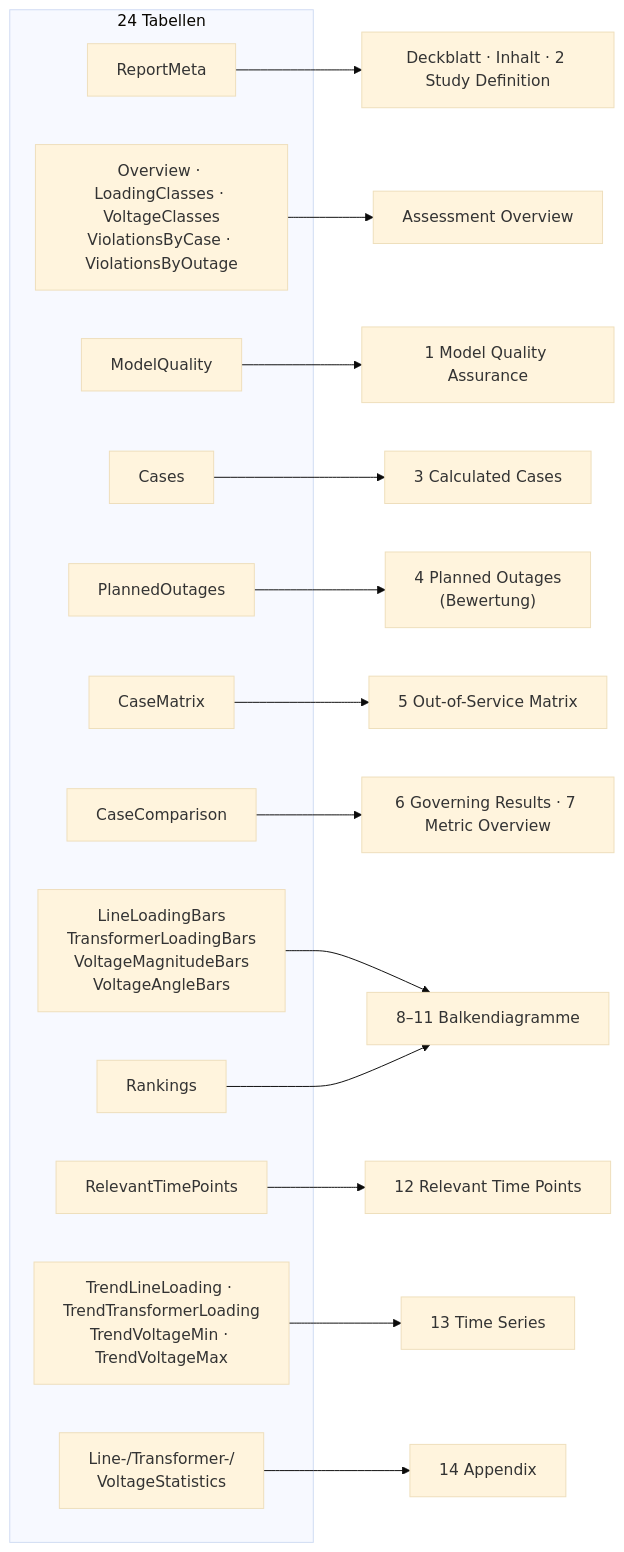
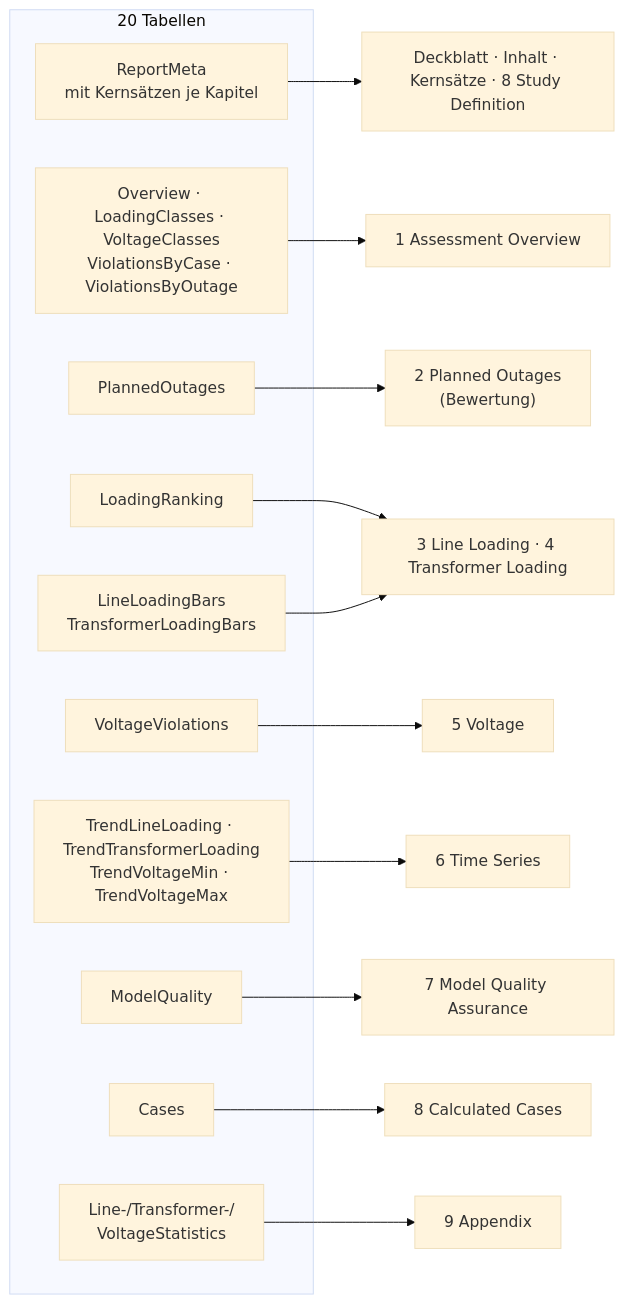
One commit to hadiibrahim-Engin/gridlens-powerfactory changed the seventh of 8 diagrams in BIG_PICTURE.md. Above: the diagram before and after it, drawn with Mermaid (base theme). The commit also changed other lines of this file and 7 other files, not shown here.

Commit message:
feat: restructure the report and document the loading-first runtime

````diff
--- a/BIG_PICTURE.md
+++ b/BIG_PICTURE.md
@@ -265,30 +271,26 @@
 ```mermaid
 flowchart LR
-    subgraph T["24 Tabellen"]
-        M["ReportMeta"]
+    subgraph T["20 Tabellen"]
+        M["ReportMeta<br/>mit Kernsätzen je Kapitel"]
         OV["Overview · LoadingClasses · VoltageClasses<br/>ViolationsByCase · ViolationsByOutage"]
+        PO["PlannedOutages"]
+        LR["LoadingRanking"]
+        B["LineLoadingBars<br/>TransformerLoadingBars"]
+        VV["VoltageViolations"]
+        PL["TrendLineLoading · TrendTransformerLoading<br/>TrendVoltageMin · TrendVoltageMax"]
         MQ["ModelQuality"]
         C["Cases"]
-        PO["PlannedOutages"]
-        CM["CaseMatrix"]
-        CC["CaseComparison"]
-        B["LineLoadingBars<br/>TransformerLoadingBars<br/>VoltageMagnitudeBars<br/>VoltageAngleBars"]
-        RK["Rankings"]
-        TP["RelevantTimePoints"]
-        PL["TrendLineLoading · TrendTransformerLoading<br/>TrendVoltageMin · TrendVoltageMax"]
         ST["Line-/Transformer-/<br/>VoltageStatistics"]
     end
 
-    M --> K0["Deckblatt · Inhalt · 2 Study Definition"]
-    OV --> KO["Assessment Overview"]
-    MQ --> K1["1 Model Quality Assurance"]
-    C --> K3["3 Calculated Cases"]
-    PO --> K4["4 Planned Outages<br/>(Bewertung)"]
-    CM --> K5["5 Out-of-Service Matrix"]
-    CC --> K6["6 Governing Results · 7 Metric Overview"]
-    B --> K8["8–11 Balkendiagramme"]
-    RK --> K8
-    TP --> K12["12 Relevant Time Points"]
-    PL --> K13["13 Time Series"]
-    ST --> K14["14 Appendix"]
+    M --> K0["Deckblatt · Inhalt · Kernsätze · 8 Study Definition"]
+    OV --> K1["1 Assessment Overview"]
+    PO --> K2["2 Planned Outages<br/>(Bewertung)"]
+    LR --> K3["3 Line Loading · 4 Transformer Loading"]
+    B --> K3
+    VV --> K5["5 Voltage"]
+    PL --> K6["6 Time Series"]
+    MQ --> K7["7 Model Quality Assurance"]
+    C --> K8["8 Calculated Cases"]
+    ST --> K9["9 Appendix"]
 ```
````
